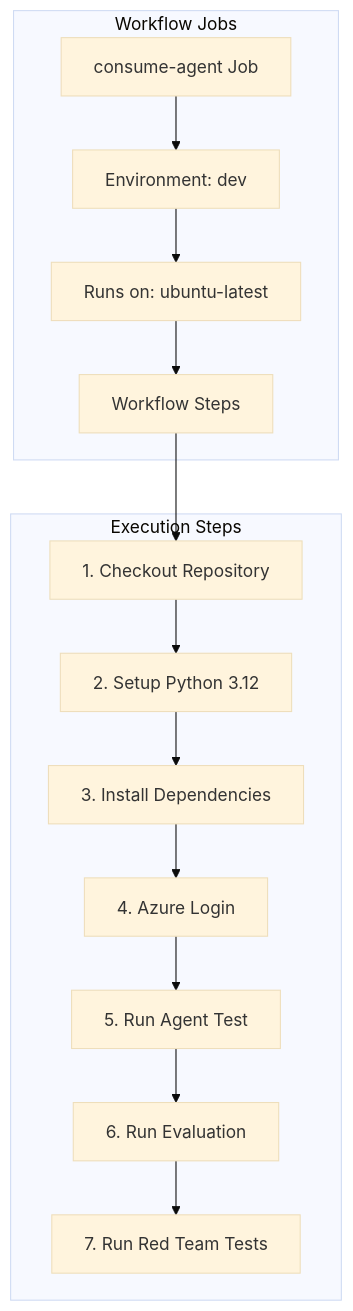
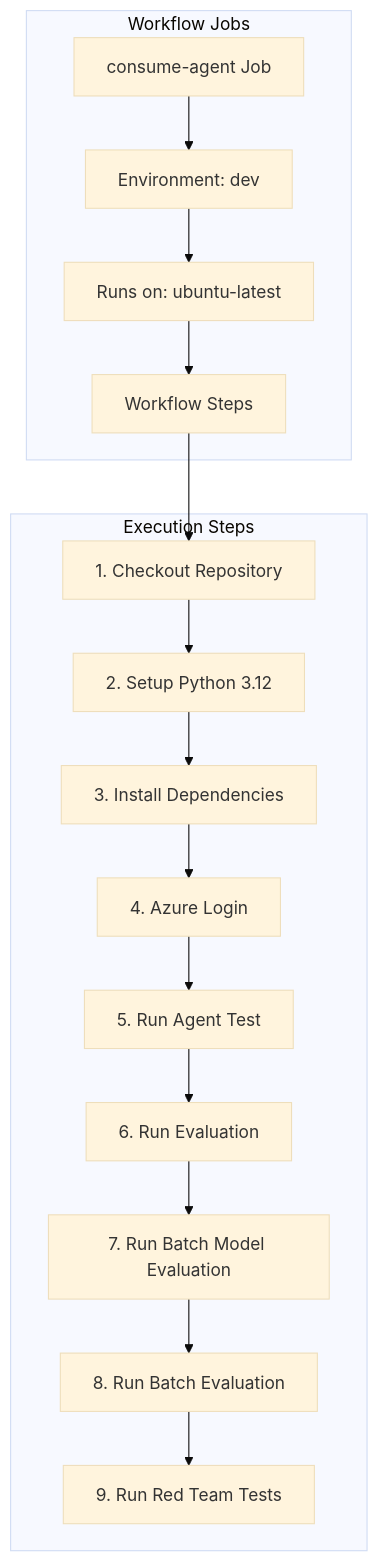
The second of 17 diagrams in docs/GITHUB_WORKFLOWS.md (balakreshnan/msagentframework), drawn with Mermaid (base theme) before and after one commit. The commit also changed other lines of this file and 2 other files, not shown here.

Commit message:
docs: Add CI/CD documentation and flow diagrams for agent-consumption-single-env.yml

````diff
--- a/docs/GITHUB_WORKFLOWS.md
+++ b/docs/GITHUB_WORKFLOWS.md
@@ -50,27 +50,31 @@
 ```mermaid
 graph TB
     subgraph "Workflow Jobs"
         JOB[consume-agent Job] --> ENV[Environment: dev]
         ENV --> RUNNER[Runs on: ubuntu-latest]
         
         RUNNER --> STEPS[Workflow Steps]
     end
     
     subgraph "Execution Steps"
         S1[1. Checkout Repository]
         S2[2. Setup Python 3.12]
         S3[3. Install Dependencies]
         S4[4. Azure Login]
         S5[5. Run Agent Test]
         S6[6. Run Evaluation]
-        S7[7. Run Red Team Tests]
+        S7[7. Run Batch Model Evaluation]
+        S8[8. Run Batch Evaluation]
+        S9[9. Run Red Team Tests]
     end
     
     STEPS --> S1
     S1 --> S2
     S2 --> S3
     S3 --> S4
     S4 --> S5
     S5 --> S6
     S6 --> S7
+    S7 --> S8
+    S8 --> S9
 ```
````
